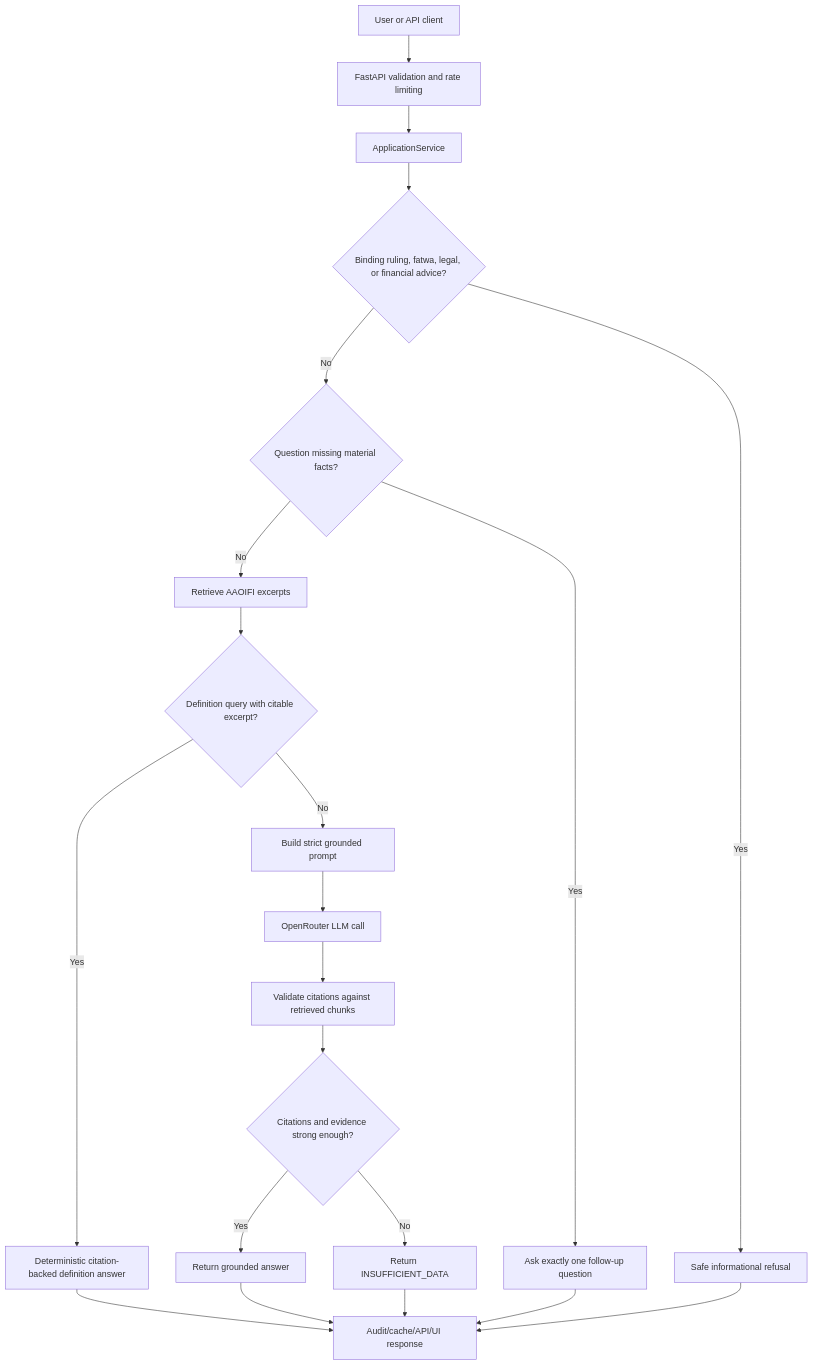
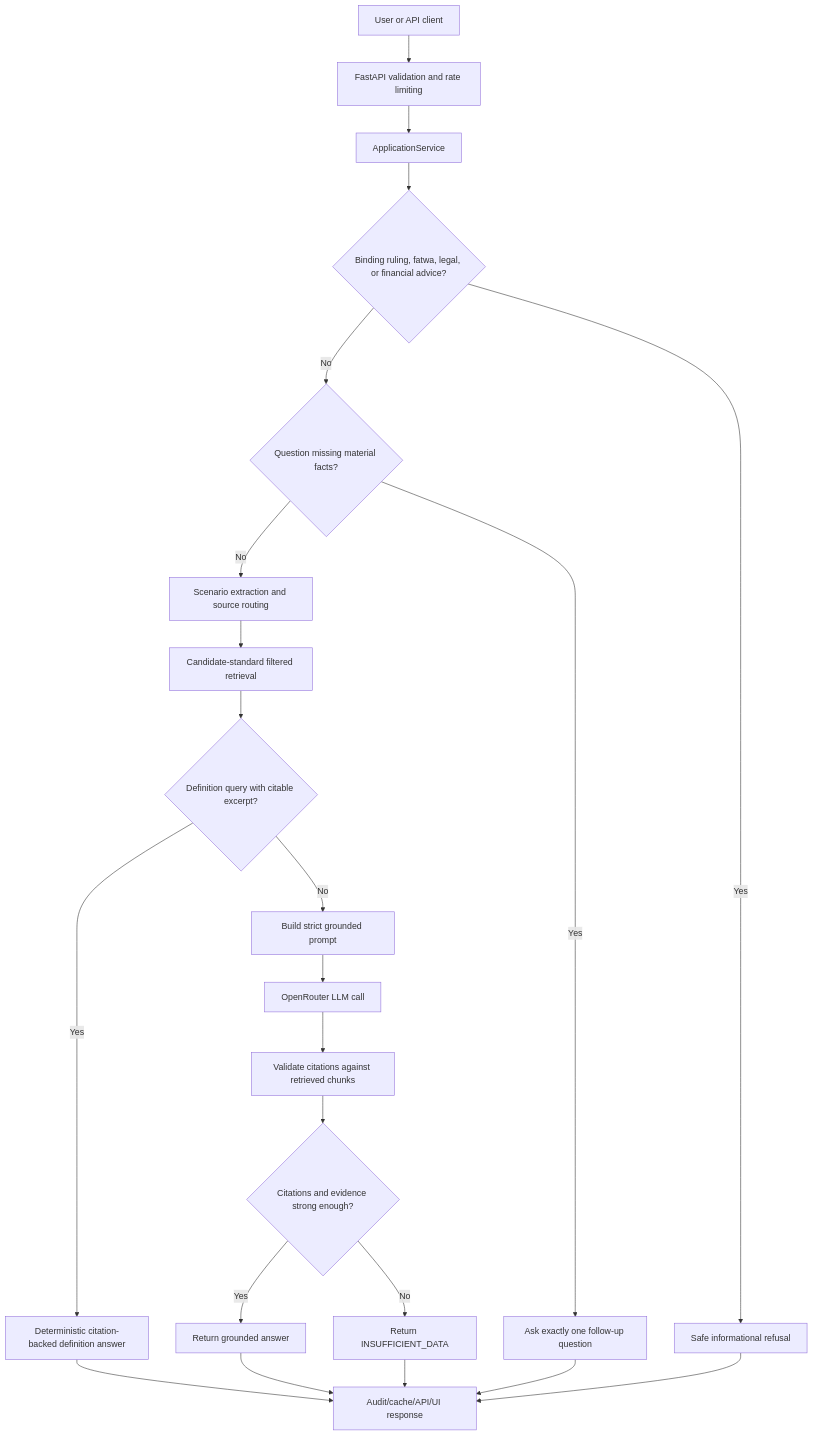
The first of 3 diagrams in .planning/sharia-compliance-chatbot/docs/project-documentation.md (AhmedTElKodsh/Mushir-Sharia-Bot), drawn with Mermaid before and after one commit. The commit also changed other lines of this file and 42 other files, not shown here.

````diff
--- a/.planning/sharia-compliance-chatbot/docs/project-documentation.md
+++ b/.planning/sharia-compliance-chatbot/docs/project-documentation.md
@@ -93,23 +103,24 @@
 ```mermaid
 flowchart TD
     A["User or API client"] --> B["FastAPI validation and rate limiting"]
     B --> C["ApplicationService"]
     C --> D{"Binding ruling, fatwa, legal, or financial advice?"}
     D -- "Yes" --> E["Safe informational refusal"]
     D -- "No" --> F{"Question missing material facts?"}
     F -- "Yes" --> G["Ask exactly one follow-up question"]
-    F -- "No" --> H["Retrieve AAOIFI excerpts"]
-    H --> I{"Definition query with citable excerpt?"}
+    F -- "No" --> H["Scenario extraction and source routing"]
+    H --> R["Candidate-standard filtered retrieval"]
+    R --> I{"Definition query with citable excerpt?"}
     I -- "Yes" --> J["Deterministic citation-backed definition answer"]
     I -- "No" --> K["Build strict grounded prompt"]
     K --> L["OpenRouter LLM call"]
     L --> M["Validate citations against retrieved chunks"]
     M --> N{"Citations and evidence strong enough?"}
     N -- "Yes" --> O["Return grounded answer"]
     N -- "No" --> P["Return INSUFFICIENT_DATA"]
     J --> Q["Audit/cache/API/UI response"]
     O --> Q
     P --> Q
     G --> Q
     E --> Q
 ```
````
